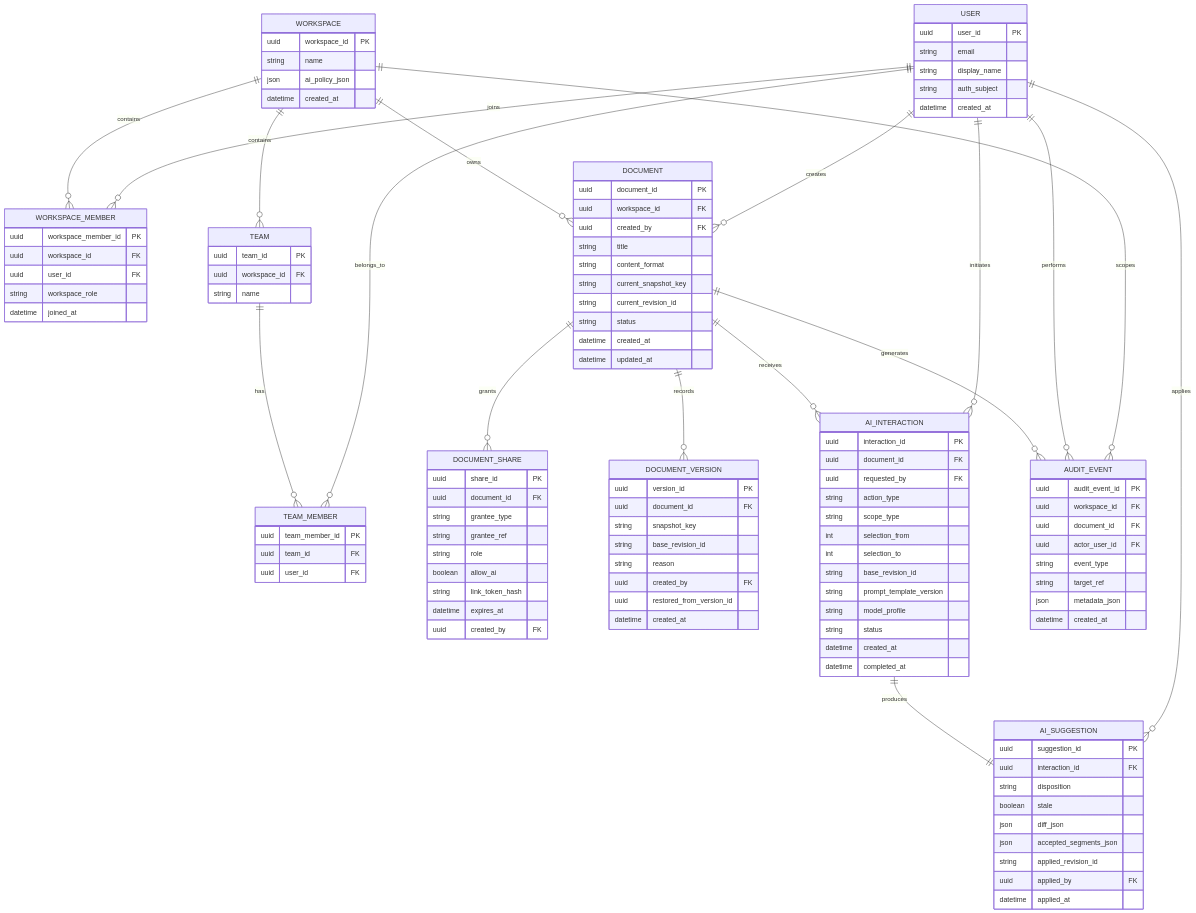
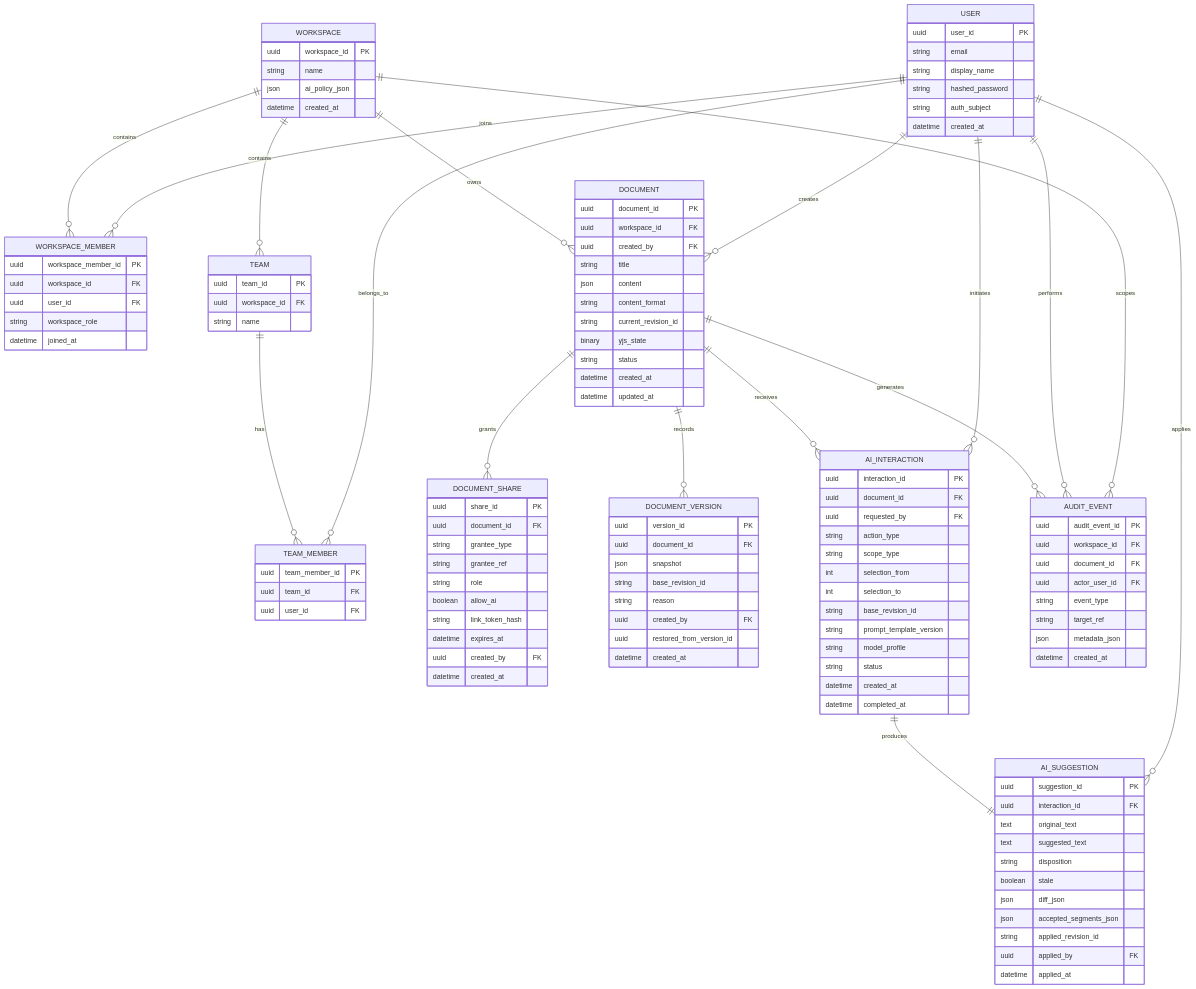
One commit to TheCYPER/SoftProject1-OpenDoc changed the fourth of 4 diagrams in Part 2.md. Above: the diagram before and after it, drawn with Mermaid. The commit also changed other lines of this file and 1 other file, not shown here.

First line of the commit message:
docs: update Part 1 and Part 2 to match current implementation

```diff
--- a/Part 2.md
+++ b/Part 2.md
@@ -585,6 +537,7 @@
         uuid user_id PK
         string email
         string display_name
+        string hashed_password
         string auth_subject
         datetime created_at
     }
@@ -621,9 +574,10 @@
         uuid workspace_id FK
         uuid created_by FK
         string title
+        json content
         string content_format
-        string current_snapshot_key
         string current_revision_id
+        binary yjs_state
         string status
         datetime created_at
         datetime updated_at
@@ -639,12 +593,13 @@
         string link_token_hash
         datetime expires_at
         uuid created_by FK
+        datetime created_at
     }
 
     DOCUMENT_VERSION {
         uuid version_id PK
         uuid document_id FK
-        string snapshot_key
+        json snapshot
         string base_revision_id
         string reason
         uuid created_by FK
@@ -671,6 +626,8 @@
     AI_SUGGESTION {
         uuid suggestion_id PK
         uuid interaction_id FK
+        text original_text
+        text suggested_text
         string disposition
         boolean stale
         json diff_json
```
